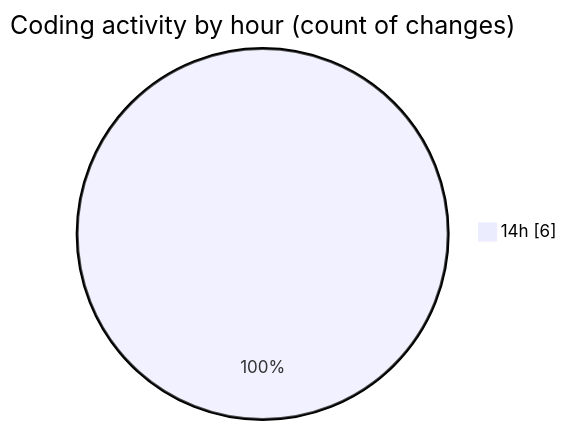
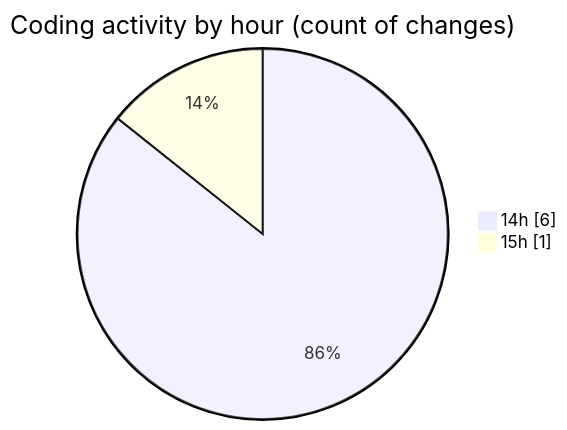
The second of 2 diagrams in 2026-07-31/untitled__workspace_/README.md (debugP/code-tracking), drawn with Mermaid before and after one commit. The commit also changed other lines of this file and 1 other file, not shown here.

````diff
--- a/2026-07-31/untitled__workspace_/README.md
+++ b/2026-07-31/untitled__workspace_/README.md
@@ -31,5 +33,6 @@
 ```mermaid
 pie showData
 title Coding activity by hour (count of changes)
 "14h" : 6
+"15h" : 1
 ```
````
